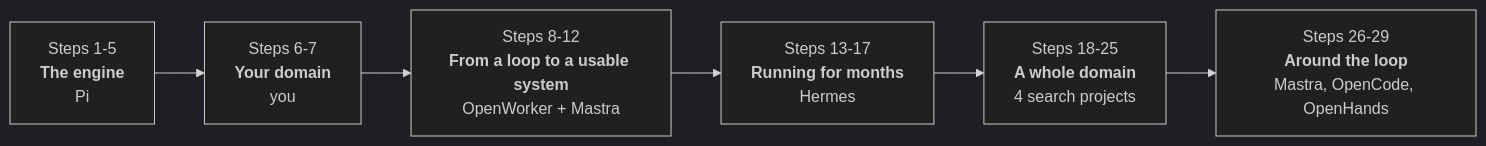
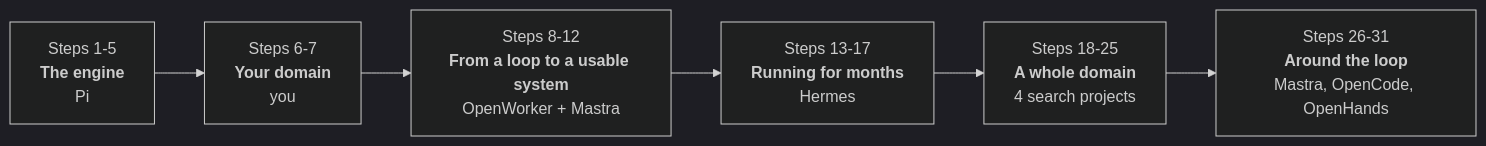
Before and after one commit to whereissam/learn-agent-engineering-from-production: the second of 2 diagrams in README.md, drawn with Mermaid (dark theme). The commit also changed other lines of this file and 11 other files, not shown here.

````diff
--- a/README.md
+++ b/README.md
@@ -70,8 +70,8 @@
 ```mermaid
 flowchart LR
     P1["Steps 1-5<br/><b>The engine</b><br/>Pi"] --> P2["Steps 6-7<br/><b>Your domain</b><br/>you"]
     P2 --> P3["Steps 8-12<br/><b>From a loop to a usable system</b><br/>OpenWorker + Mastra"]
     P3 --> P4["Steps 13-17<br/><b>Running for months</b><br/>Hermes"]
     P4 --> P5["Steps 18-25<br/><b>A whole domain</b><br/>4 search projects"]
-    P5 --> P6["Steps 26-29<br/><b>Around the loop</b><br/>Mastra, OpenCode, OpenHands"]
+    P5 --> P6["Steps 26-31<br/><b>Around the loop</b><br/>Mastra, OpenCode, OpenHands"]
 ```
````
